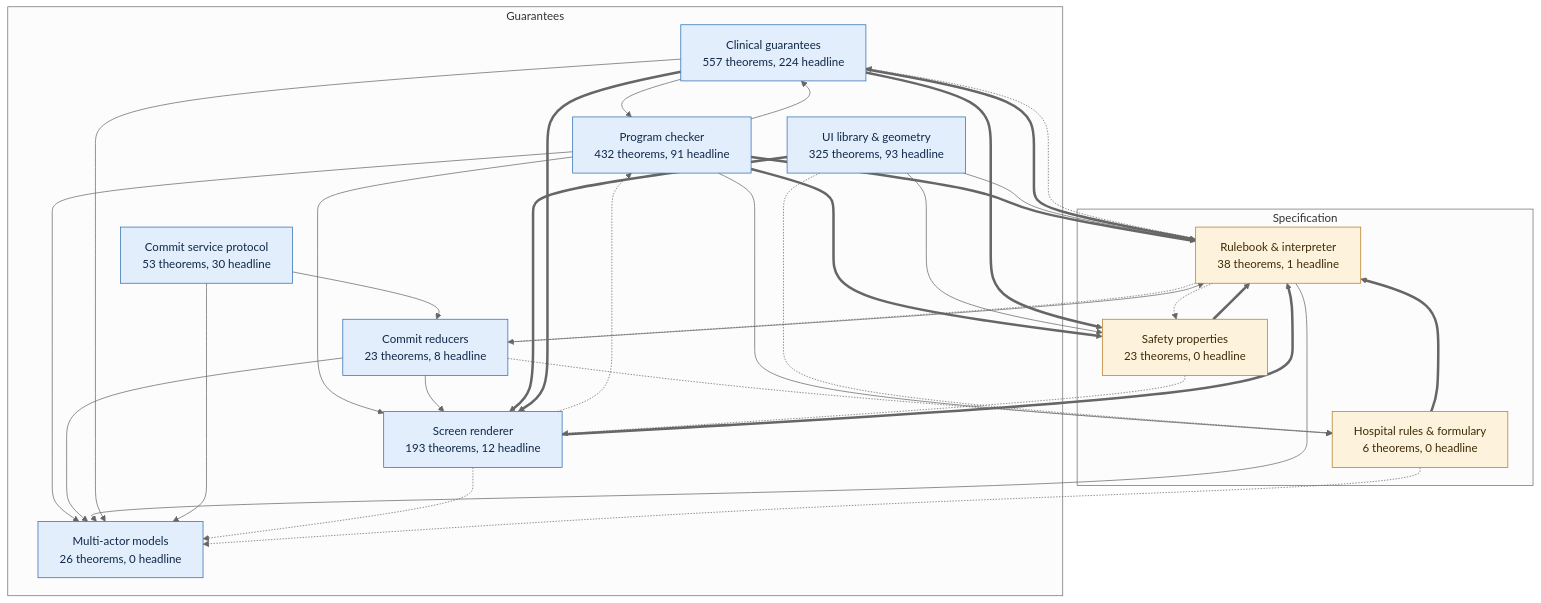
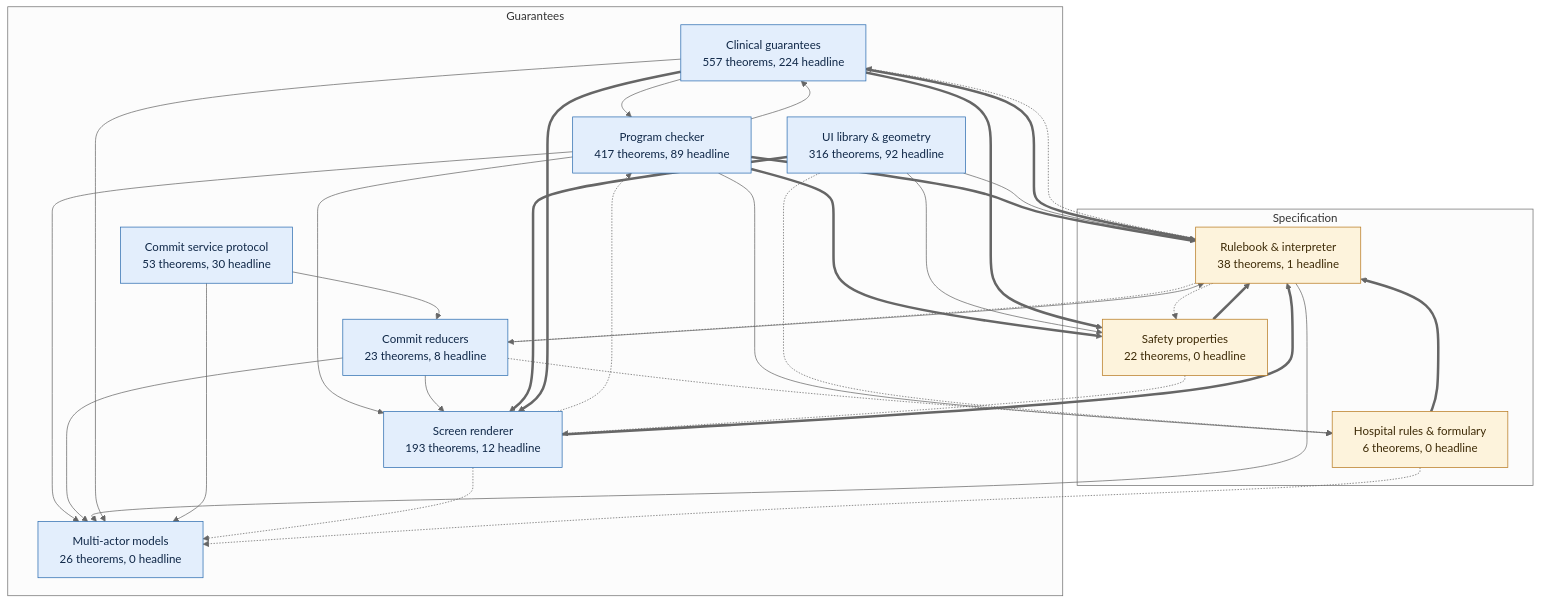
Before and after one commit to saithat/VGI-Health: the first of 10 diagrams in docs/proof-map.md, drawn with Mermaid (neutral theme). The commit also changed other lines of this file and 95 other files, not shown here.

````diff
--- a/docs/proof-map.md
+++ b/docs/proof-map.md
@@ -15,51 +15,51 @@
 ```mermaid
 flowchart TB
   subgraph guar_g["Guarantees"]
     proofs["Clinical guarantees<br/>557 theorems, 224 headline"]:::guar
-    check["Program checker<br/>432 theorems, 91 headline"]:::guar
+    check["Program checker<br/>417 theorems, 89 headline"]:::guar
     render["Screen renderer<br/>193 theorems, 12 headline"]:::guar
-    layout["UI library &amp; geometry<br/>325 theorems, 93 headline"]:::guar
+    layout["UI library &amp; geometry<br/>316 theorems, 92 headline"]:::guar
     commit["Commit reducers<br/>23 theorems, 8 headline"]:::guar
     protocol["Commit service protocol<br/>53 theorems, 30 headline"]:::guar
     multi["Multi-actor models<br/>26 theorems, 0 headline"]:::guar
   end
   subgraph spec_g["Specification"]
     core["Rulebook &amp; interpreter<br/>38 theorems, 1 headline"]:::spec
-    props["Safety properties<br/>23 theorems, 0 headline"]:::spec
+    props["Safety properties<br/>22 theorems, 0 headline"]:::spec
     specs["Hospital rules &amp; formulary<br/>6 theorems, 0 headline"]:::spec
   end
   check ==> core
   check --> multi
   check --> proofs
   check ==> props
   check --> render
   check --> specs
   commit --> core
   commit --> multi
   commit --> render
   commit -.-> specs
   core -.-> commit
   core --> multi
   core -.-> proofs
   core -.-> props
   layout --> core
   layout --> props
   layout ==> render
   layout -.-> specs
   proofs --> check
   proofs ==> core
   proofs --> multi
   proofs ==> props
   proofs ==> render
   props ==> core
   props -.-> render
   protocol --> commit
   protocol --> multi
   render -.-> check
   render ==> core
   render -.-> multi
   specs ==> core
   specs -.-> multi
   classDef spec fill:#fdf3dc,stroke:#b7791f,color:#3d2a06
   classDef guar fill:#e3eefc,stroke:#2b6cb0,color:#0f2747
 ```
````
